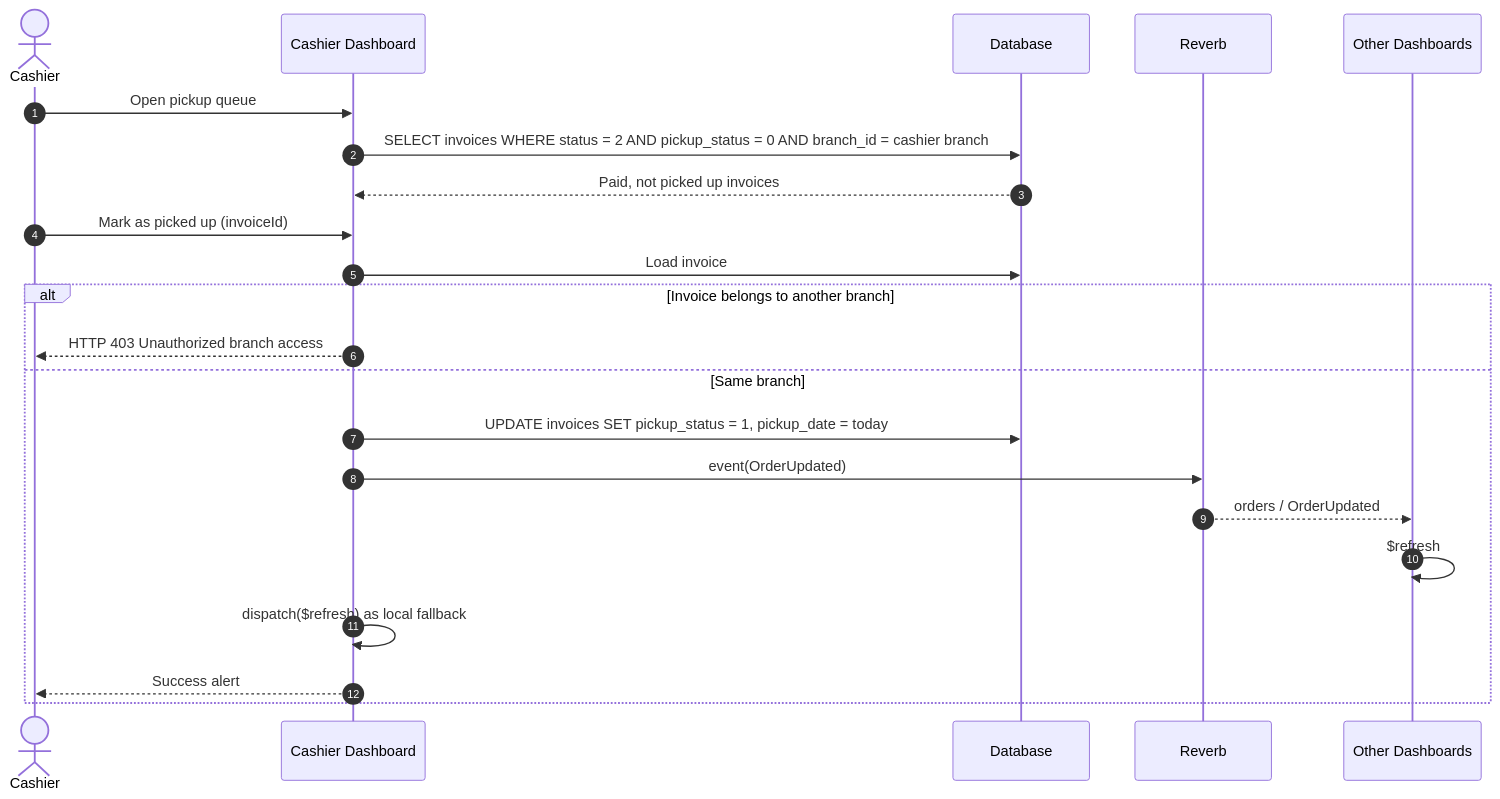
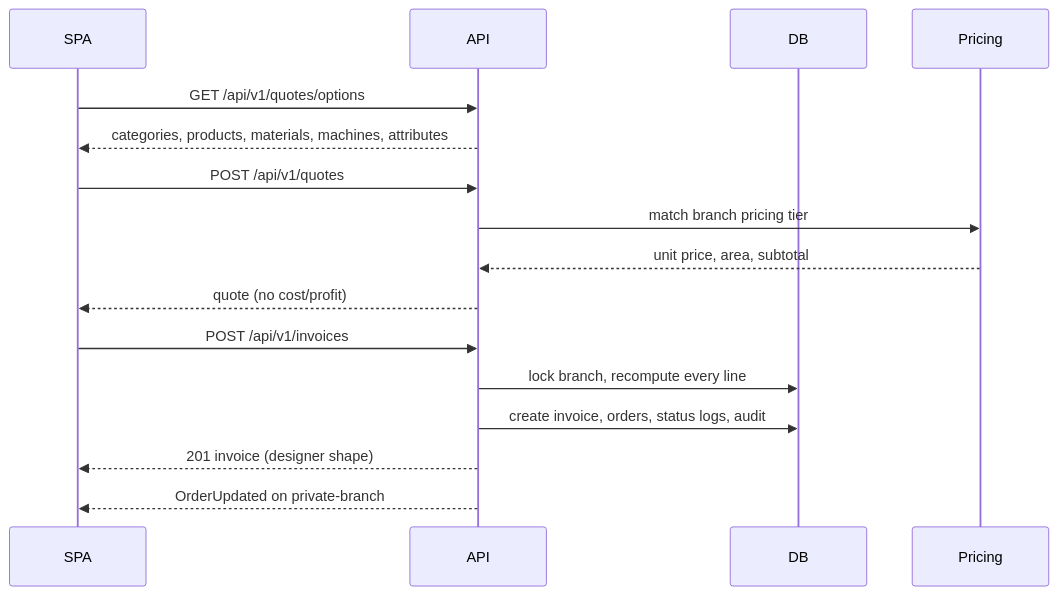
One commit to Arukast/pos_alja changed the second of 8 diagrams in docs/architecture/sequence-diagrams.md. Above: the diagram before and after it, drawn with Mermaid. The commit also changed other lines of this file and 10 other files, not shown here.

Commit message:
docs: document api-first architecture

````diff
--- a/docs/architecture/sequence-diagrams.md
+++ b/docs/architecture/sequence-diagrams.md
@@ -265,26 +25,19 @@
 ```mermaid
 sequenceDiagram
-    autonumber
-    actor C as Cashier
-    participant UI as Cashier Dashboard
-    participant DB as Database
-    participant R as Reverb
-    participant Peers as Other Dashboards
+    participant SPA
+    participant API
+    participant DB
+    participant Pricing
 
-    C->>UI: Open pickup queue
-    UI->>DB: SELECT invoices WHERE status = 2 AND pickup_status = 0 AND branch_id = cashier branch
-    DB-->>UI: Paid, not picked up invoices
-
-    C->>UI: Mark as picked up (invoiceId)
-    UI->>DB: Load invoice
-    alt Invoice belongs to another branch
-        UI-->>C: HTTP 403 Unauthorized branch access
-    else Same branch
-        UI->>DB: UPDATE invoices SET pickup_status = 1, pickup_date = today
-        UI->>R: event(OrderUpdated)
-        R-->>Peers: orders / OrderUpdated
-        Peers->>Peers: $refresh
-        UI->>UI: dispatch($refresh) as local fallback
-        UI-->>C: Success alert
-    end
+    SPA->>API: GET /api/v1/quotes/options
+    API-->>SPA: categories, products, materials, machines, attributes
+    SPA->>API: POST /api/v1/quotes
+    API->>Pricing: match branch pricing tier
+    Pricing-->>API: unit price, area, subtotal
+    API-->>SPA: quote (no cost/profit)
+    SPA->>API: POST /api/v1/invoices
+    API->>DB: lock branch, recompute every line
+    API->>DB: create invoice, orders, status logs, audit
+    API-->>SPA: 201 invoice (designer shape)
+    API-->>SPA: OrderUpdated on private-branch
 ```
````
